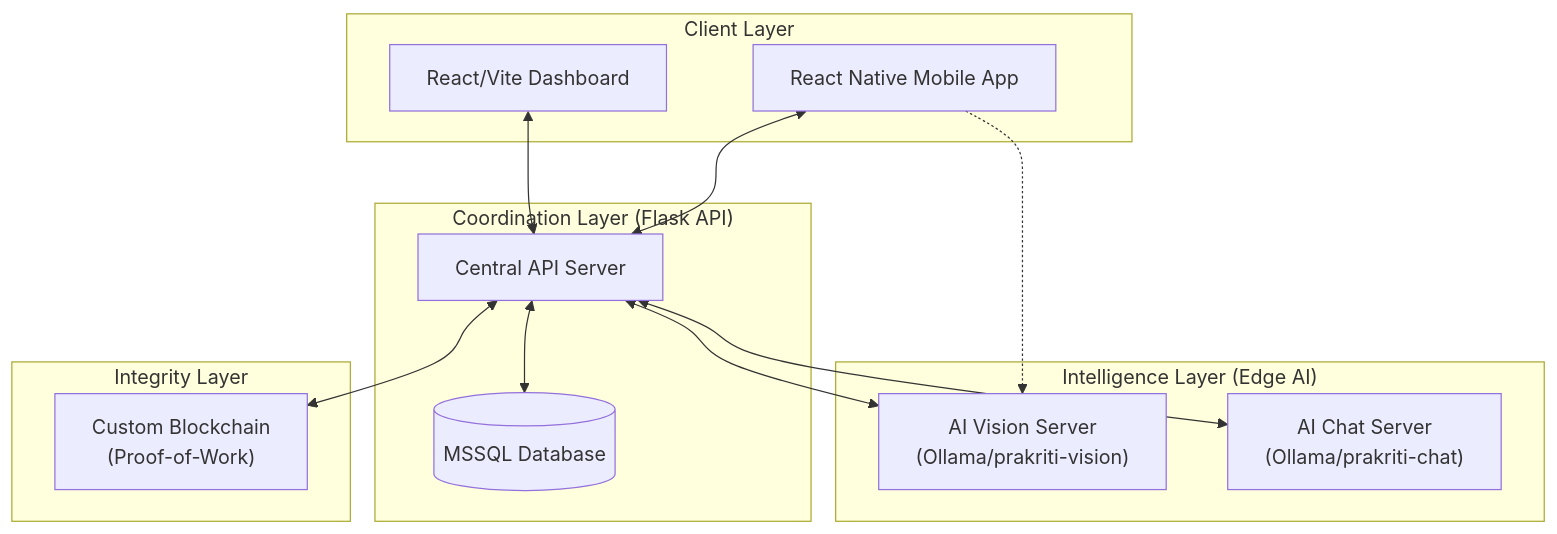
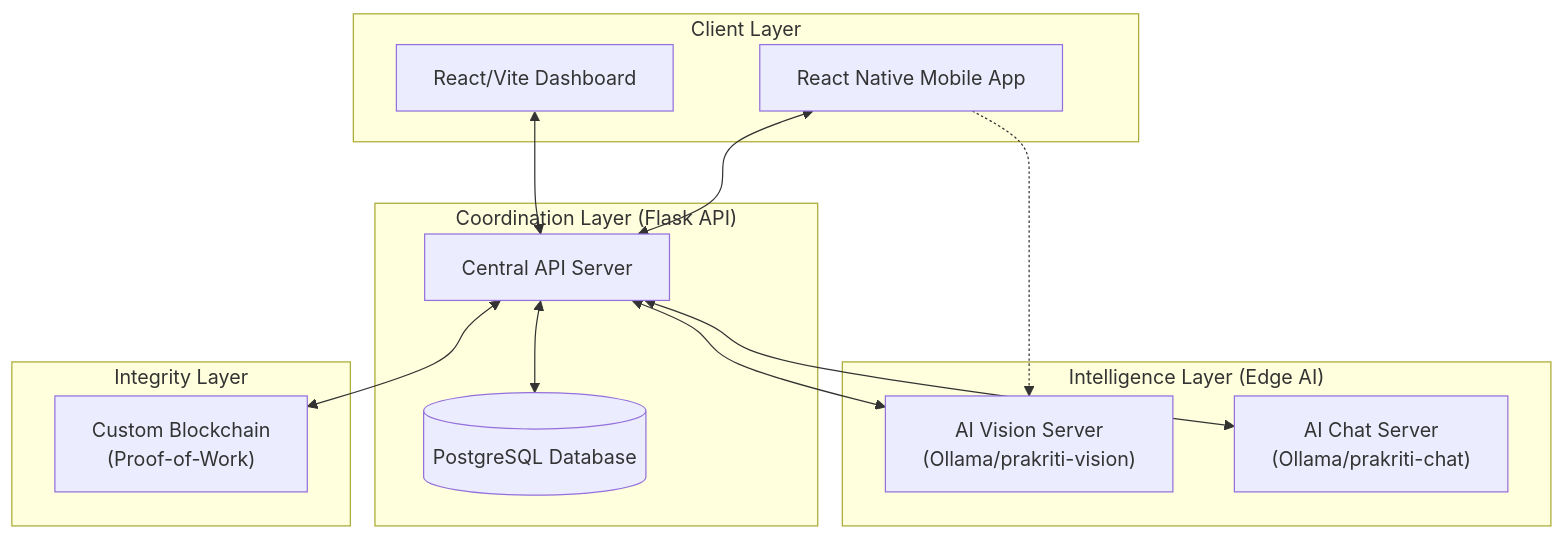
One commit to iAditya-Nanda/Prakriti-Ecosystem changed the diagram in SystemArchitecture.md. Above: the diagram before and after it, drawn with Mermaid. The commit also changed other lines of this file and 19 other files, not shown here.

````diff
--- a/SystemArchitecture.md
+++ b/SystemArchitecture.md
@@ -6,30 +6,30 @@
 ```mermaid
 graph TD
     subgraph "Client Layer"
         MobileApp["React Native Mobile App"]
         AdminDash["React/Vite Dashboard"]
     end
 
     subgraph "Coordination Layer (Flask API)"
         API["Central API Server"]
-        DB[(MSSQL Database)]
+        DB[(PostgreSQL Database)]
     end
 
     subgraph "Intelligence Layer (Edge AI)"
         VisionSrv["AI Vision Server<br/>(Ollama/prakriti-vision)"]
         ChatSrv["AI Chat Server<br/>(Ollama/prakriti-chat)"]
     end
 
     subgraph "Integrity Layer"
         BC["Custom Blockchain<br/>(Proof-of-Work)"]
     end
 
     %% Connections
     MobileApp <--> API
     AdminDash <--> API
     API <--> DB
     API <--> VisionSrv
     API <--> ChatSrv
     API <--> BC
     MobileApp -.-> VisionSrv
 ```
````
